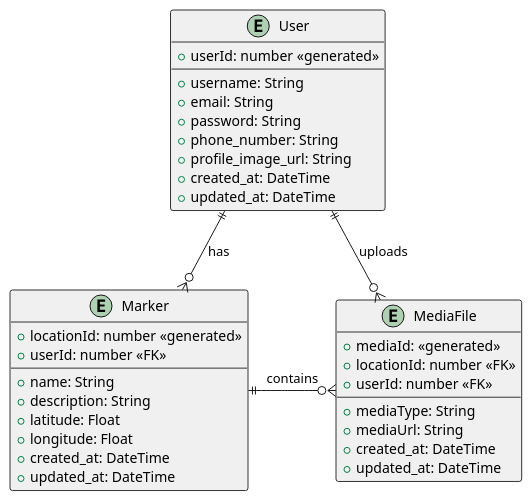
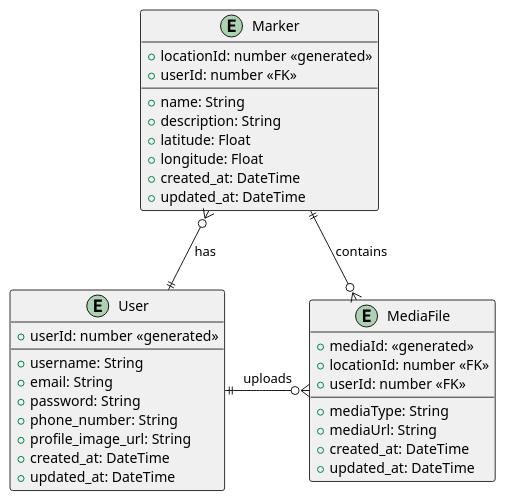
Before and after one commit to inatagan/owlmapapi: the diagram in docs/diagrams/entity_diagram.plantuml, drawn with PlantUML. The commit also changed 19 other files, not shown here.

Commit message:
users and markers endpoint added

```diff
--- a/docs/diagrams/entity_diagram.plantuml
+++ b/docs/diagrams/entity_diagram.plantuml
@@ -1,42 +1,42 @@
 @startuml
 skinparam class {
     BackgroundColor #f0f0f0
     BorderColor #333333
     BorderThickness 1
 }
 entity "User" as Users {
     +userId: number <<generated>>
     --
     +username: String
     +email: String
     +password: String
     +phone_number: String
     +profile_image_url: String
     +created_at: DateTime
     +updated_at: DateTime
 }
 entity "Marker" as Markers {
     +locationId: number <<generated>>
     +userId: number <<FK>>
     --
     +name: String
     +description: String
     +latitude: Float
     +longitude: Float
     +created_at: DateTime
     +updated_at: DateTime
 }
 entity "MediaFile" as MediaFiles {
     +mediaId: <<generated>>
     +locationId: number <<FK>>
     +userId: number <<FK>>
     --
     +mediaType: String
     +mediaUrl: String
     +created_at: DateTime
     +updated_at: DateTime
 }
-Users ||-d-o{ Markers : "has"
+Users ||-u-o{ Markers : "has"
 Users ||-r-o{ MediaFiles : "uploads"
 Markers ||-r-o{ MediaFiles : "contains"
 @enduml
```
